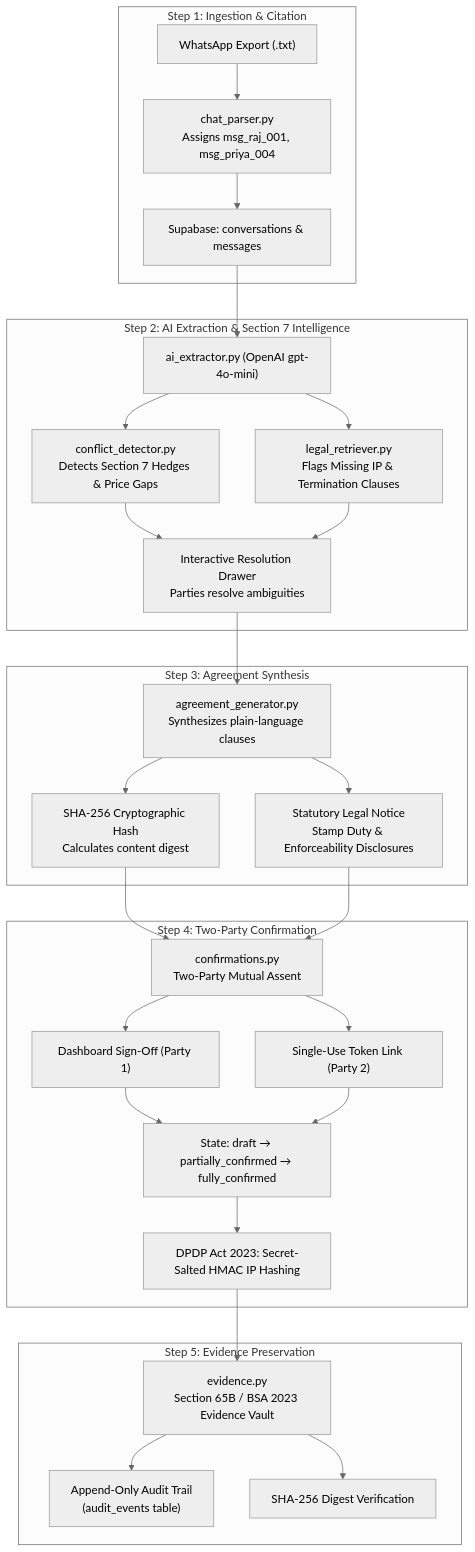
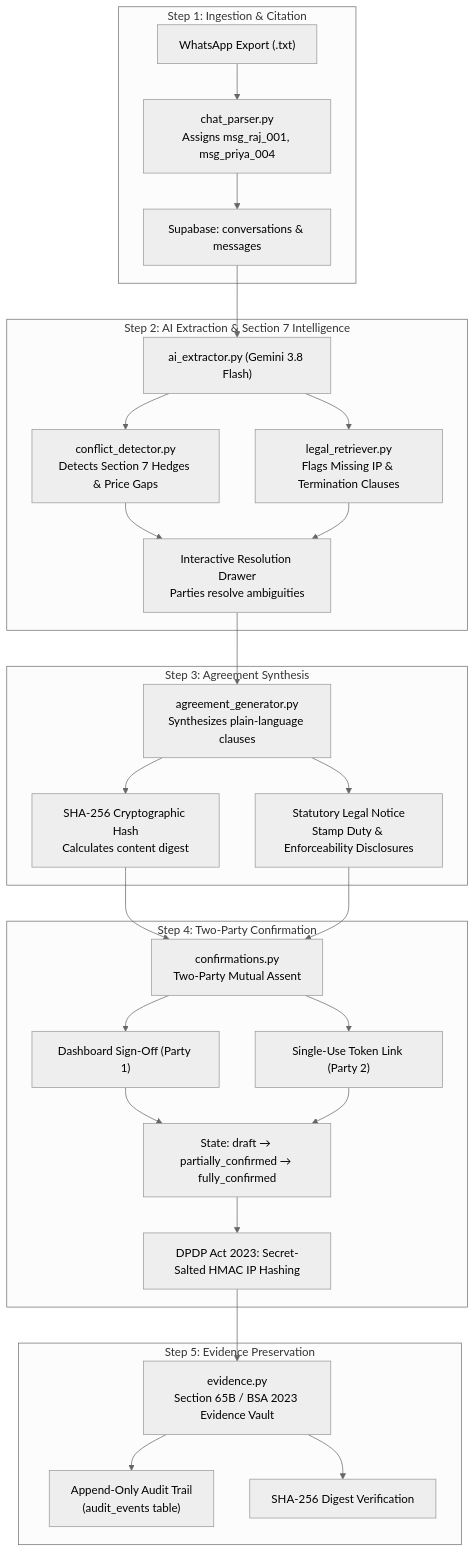
The diagram in docs/how-it-works.md (kiranshetty1315/dealshield), drawn with Mermaid (neutral theme) before and after one commit. The commit also changed 14 other files, not shown here.

Commit message:
feat(ai): update primary LLM engine to Google Gemini 3.8 Flash with structured outputs

````diff
--- a/docs/how-it-works.md
+++ b/docs/how-it-works.md
@@ -32,34 +32,34 @@
 ```mermaid
 flowchart TD
     subgraph Step1 ["Step 1: Ingestion & Citation"]
         A["WhatsApp Export (.txt)"] --> B["chat_parser.py<br/>Assigns msg_raj_001, msg_priya_004"]
         B --> C["Supabase: conversations & messages"]
     end
 
     subgraph Step2 ["Step 2: AI Extraction & Section 7 Intelligence"]
-        C --> D["ai_extractor.py (OpenAI gpt-4o-mini)"]
+        C --> D["ai_extractor.py (Gemini 3.8 Flash)"]
         D --> E["conflict_detector.py<br/>Detects Section 7 Hedges & Price Gaps"]
         D --> F["legal_retriever.py<br/>Flags Missing IP & Termination Clauses"]
         E & F --> G["Interactive Resolution Drawer<br/>Parties resolve ambiguities"]
     end
 
     subgraph Step3 ["Step 3: Agreement Synthesis"]
         G --> H["agreement_generator.py<br/>Synthesizes plain-language clauses"]
         H --> I["SHA-256 Cryptographic Hash<br/>Calculates content digest"]
         H --> J["Statutory Legal Notice<br/>Stamp Duty & Enforceability Disclosures"]
     end
 
     subgraph Step4 ["Step 4: Two-Party Confirmation"]
         I & J --> K["confirmations.py<br/>Two-Party Mutual Assent"]
         K --> L["Dashboard Sign-Off (Party 1)"]
         K --> M["Single-Use Token Link (Party 2)"]
         L & M --> N["State: draft → partially_confirmed → fully_confirmed"]
         N --> O["DPDP Act 2023: Secret-Salted HMAC IP Hashing"]
     end
 
     subgraph Step5 ["Step 5: Evidence Preservation"]
         O --> P["evidence.py<br/>Section 65B / BSA 2023 Evidence Vault"]
         P --> Q["Append-Only Audit Trail<br/>(audit_events table)"]
         P --> Q2["SHA-256 Digest Verification"]
     end
 ```
````
